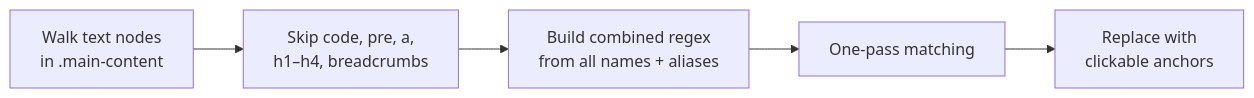
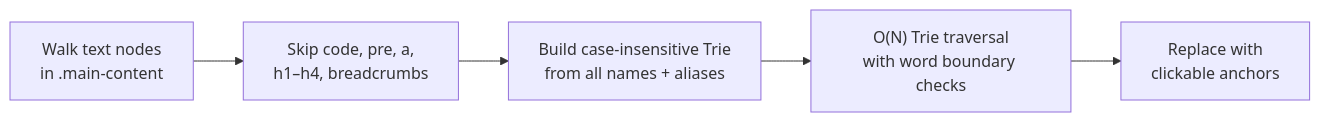
Before and after one commit to Kavyargb/Neuron-IQ: diagram 11 of 13 in README.md, drawn with Mermaid. The commit also changed other lines of this file and 3 other files, not shown here.

````diff
--- a/README.md
+++ b/README.md
@@ -715,7 +736,7 @@
 ```mermaid
 flowchart LR
     A["Walk text nodes<br/>in .main-content"] --> B["Skip code, pre, a,<br/>h1–h4, breadcrumbs"]
-    B --> C["Build combined regex<br/>from all names + aliases"]
-    C --> D["One-pass matching"]
+    B --> C["Build case-insensitive Trie<br/>from all names + aliases"]
+    C --> D["O(N) Trie traversal<br/>with word boundary checks"]
     D --> E["Replace with<br/>clickable anchors"]
 ```
````
